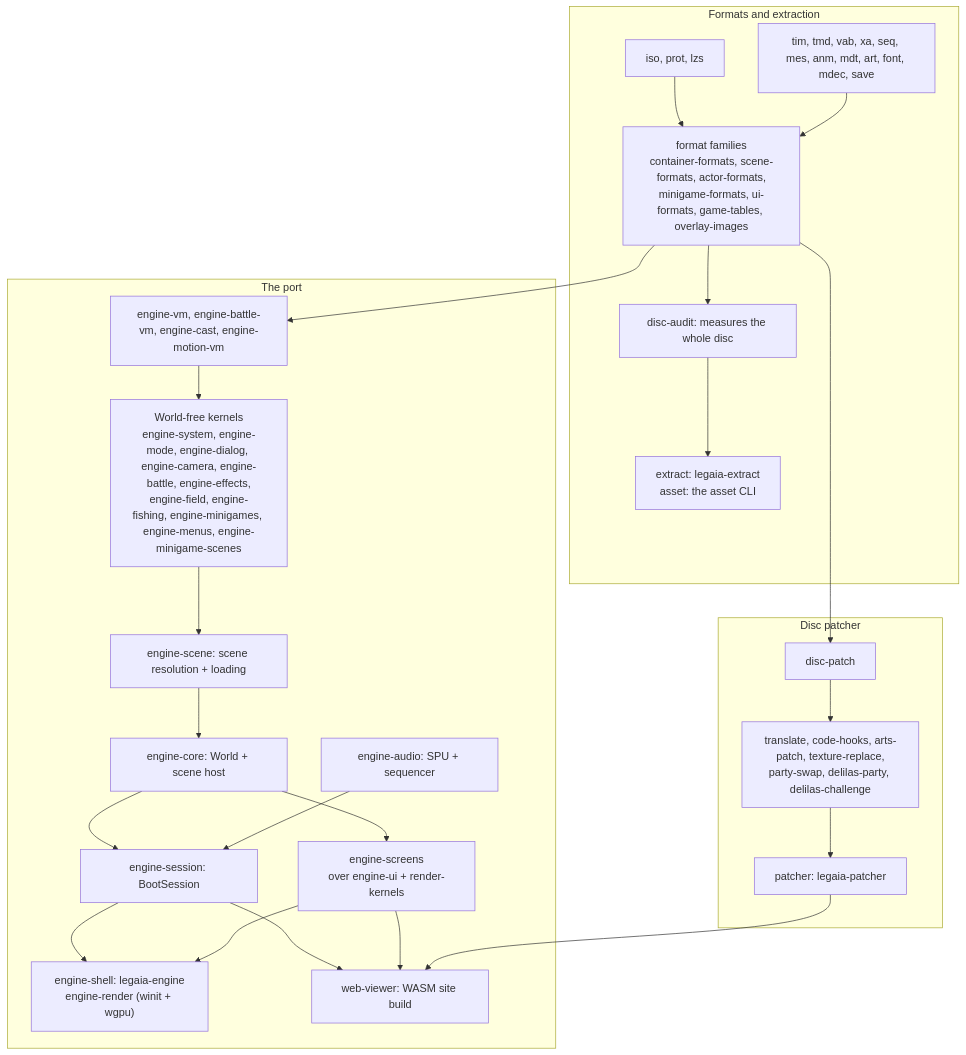
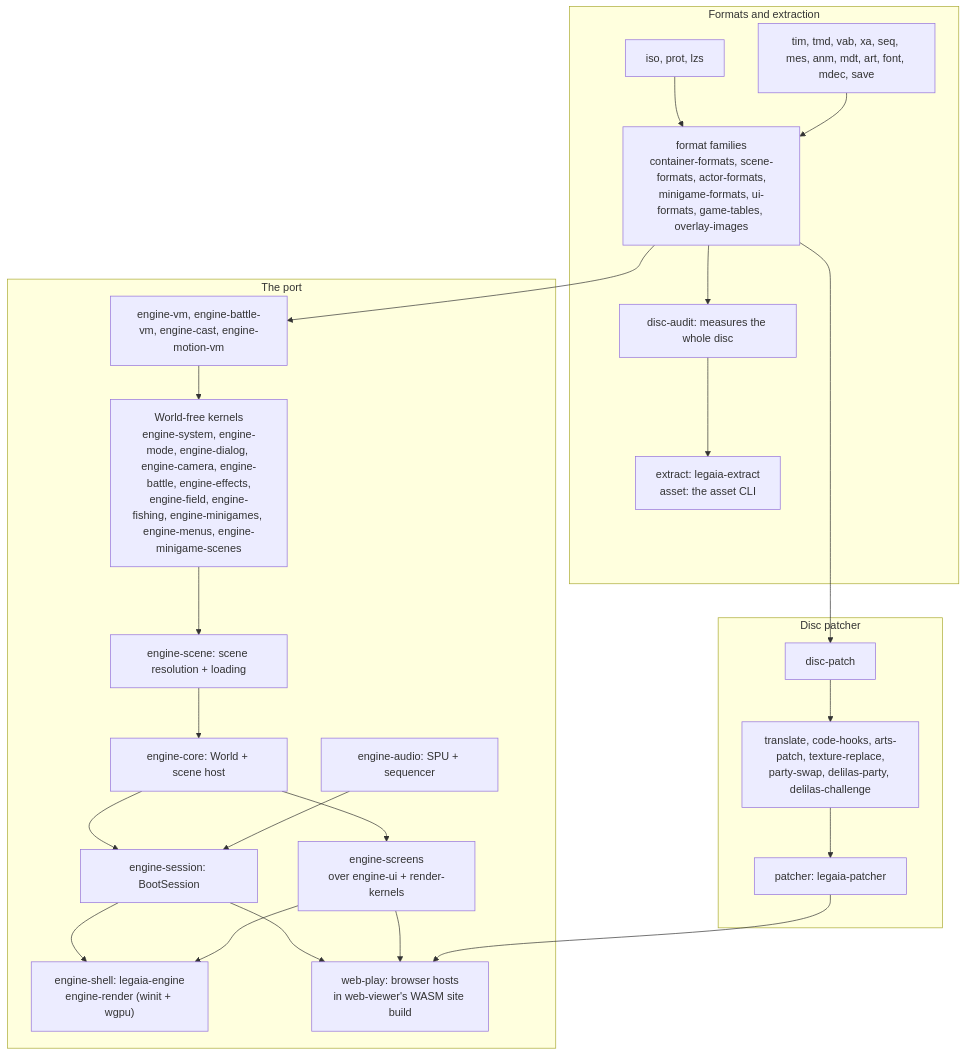
One commit to AndrewAltimit/legend-of-legaia-re changed the second of 2 diagrams in docs/overview.md. Above: the diagram before and after it, drawn with Mermaid. The commit also changed other lines of this file and 375 other files, not shown here.

````diff
--- a/docs/overview.md
+++ b/docs/overview.md
@@ -80,42 +80,42 @@
 ```mermaid
 flowchart TD
     subgraph formats["Formats and extraction"]
         container["iso, prot, lzs"]
         hub["format families<br/>container-formats, scene-formats, actor-formats,<br/>minigame-formats, ui-formats, game-tables, overlay-images"]
         perfmt["tim, tmd, vab, xa, seq, mes, anm, mdt, art, font, mdec, save"]
         audit["disc-audit: measures the whole disc"]
         extract["extract: legaia-extract<br/>asset: the asset CLI"]
         container --> hub --> audit --> extract
         perfmt --> hub
     end
     subgraph port["The port"]
         vm["engine-vm, engine-battle-vm, engine-cast, engine-motion-vm"]
         kernels["World-free kernels<br/>engine-system, engine-mode, engine-dialog, engine-camera, engine-battle, engine-effects,<br/>engine-field, engine-fishing, engine-minigames, engine-menus, engine-minigame-scenes"]
         scene["engine-scene: scene resolution + loading"]
         core["engine-core: World + scene host"]
         audio["engine-audio: SPU + sequencer"]
         session["engine-session: BootSession"]
         present["engine-screens<br/>over engine-ui + render-kernels"]
         native["engine-shell: legaia-engine<br/>engine-render (winit + wgpu)"]
-        web["web-viewer: WASM site build"]
+        web["web-play: browser hosts<br/>in web-viewer's WASM site build"]
         vm --> kernels
         kernels --> scene
         scene --> core
         core --> session
         audio --> session
         core --> present
         session --> native
         session --> web
         present --> native
         present --> web
     end
     subgraph mod["Disc patcher"]
         dp["disc-patch"]
         layers["translate, code-hooks, arts-patch, texture-replace,<br/>party-swap, delilas-party, delilas-challenge"]
         patcher["patcher: legaia-patcher"]
         dp --> layers --> patcher
     end
     hub --> vm
     hub --> dp
     patcher --> web
 ```
````
